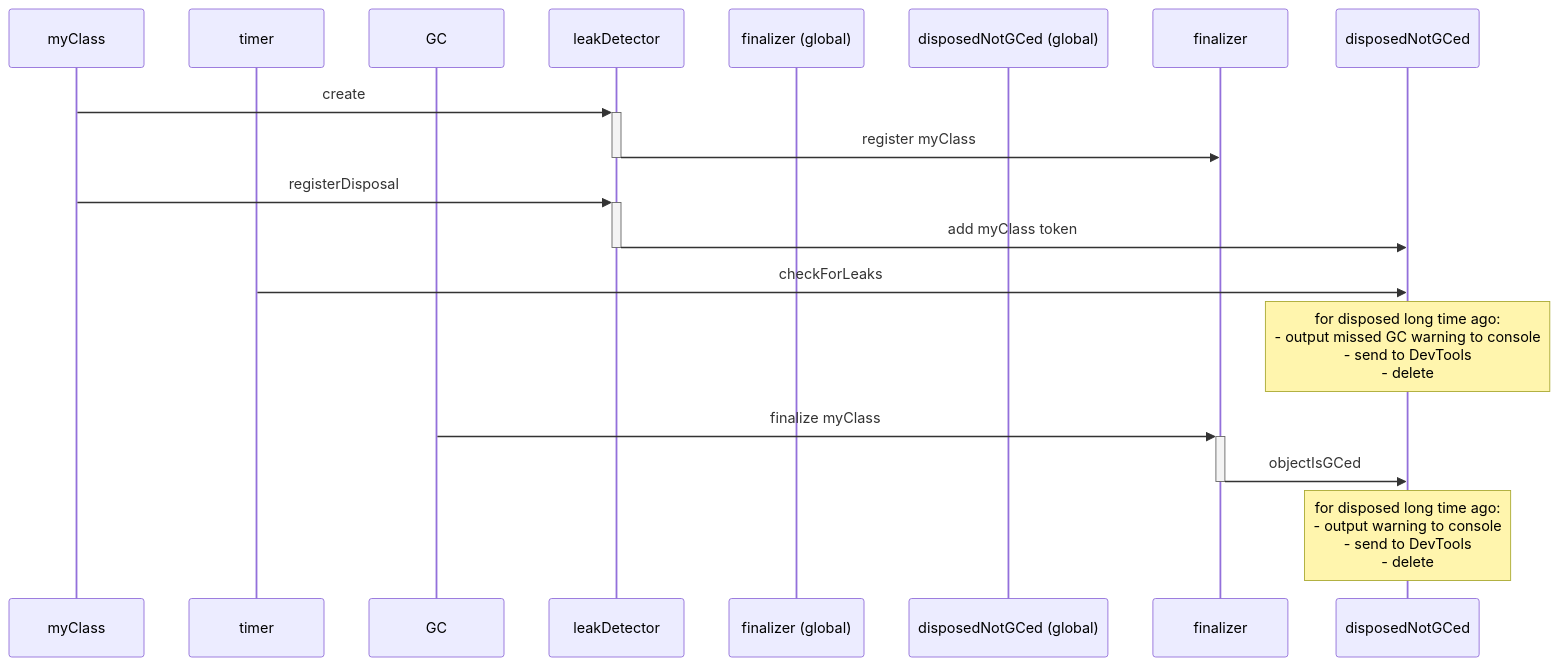
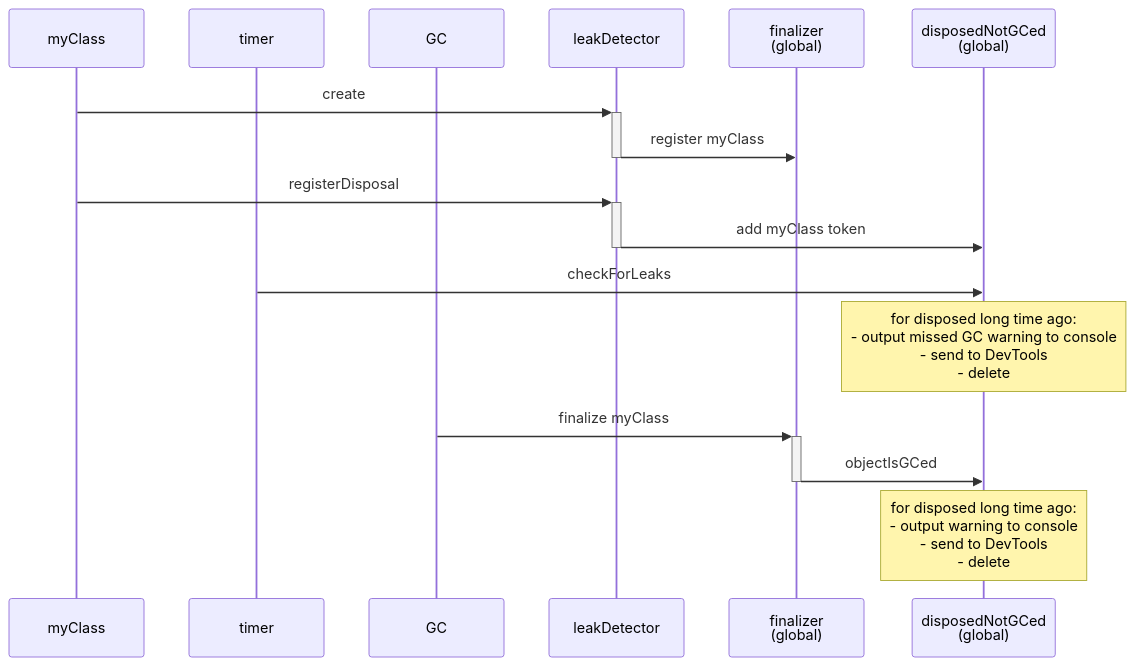
Before and after one commit to polina-c/spikes: the diagram in dart-leaks/doc/leak_detection.md, drawn with Mermaid.

````diff
--- a/dart-leaks/doc/leak_detection.md
+++ b/dart-leaks/doc/leak_detection.md
@@ -1,20 +1,20 @@
 ```mermaid
 sequenceDiagram
     participant myClass
     participant timer
     participant GC
     participant leakDetector
-    participant finalizer (global)
-    participant disposedNotGCed (global)
+    participant finalizer as finalizer<br/>(global)
+    participant disposedNotGCed as disposedNotGCed<br/>(global)
 
     myClass ->>+ leakDetector: create
     leakDetector ->>- finalizer: register myClass
     myClass ->>+ leakDetector: registerDisposal
     leakDetector ->>- disposedNotGCed: add myClass token
     timer ->> disposedNotGCed: checkForLeaks
     Note over disposedNotGCed: for disposed long time ago:<br/>- output missed GC warning to console<br/>- send to DevTools<br/>- delete
     GC ->>+ finalizer: finalize myClass
     finalizer ->>- disposedNotGCed: objectIsGCed
     Note over disposedNotGCed: for disposed long time ago:<br/>- output warning to console<br/>- send to DevTools<br/>- delete
     	 
 ```
````
